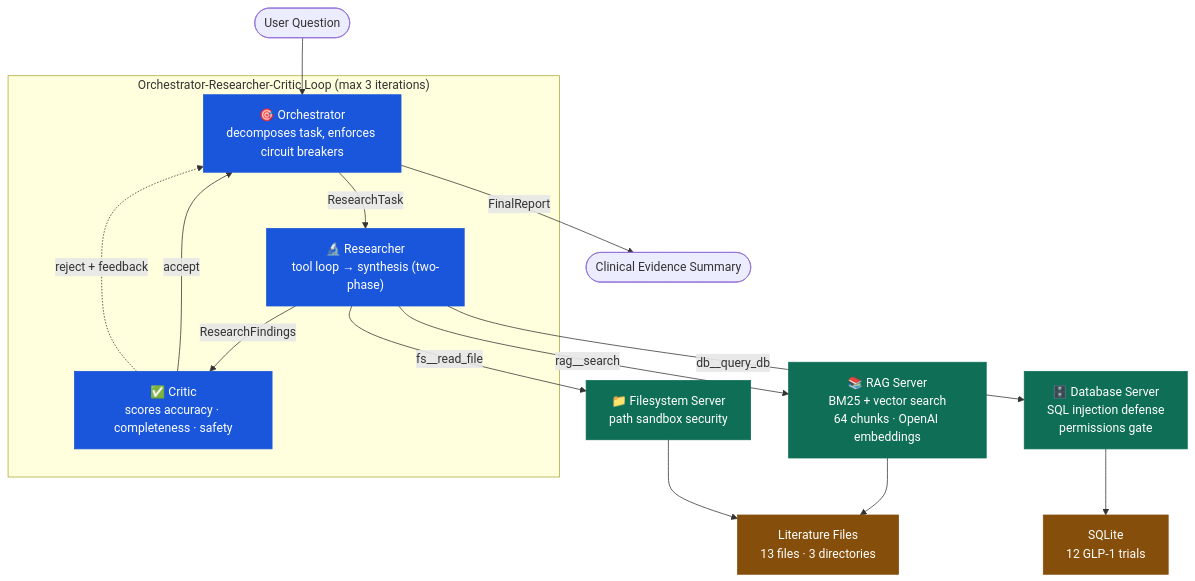
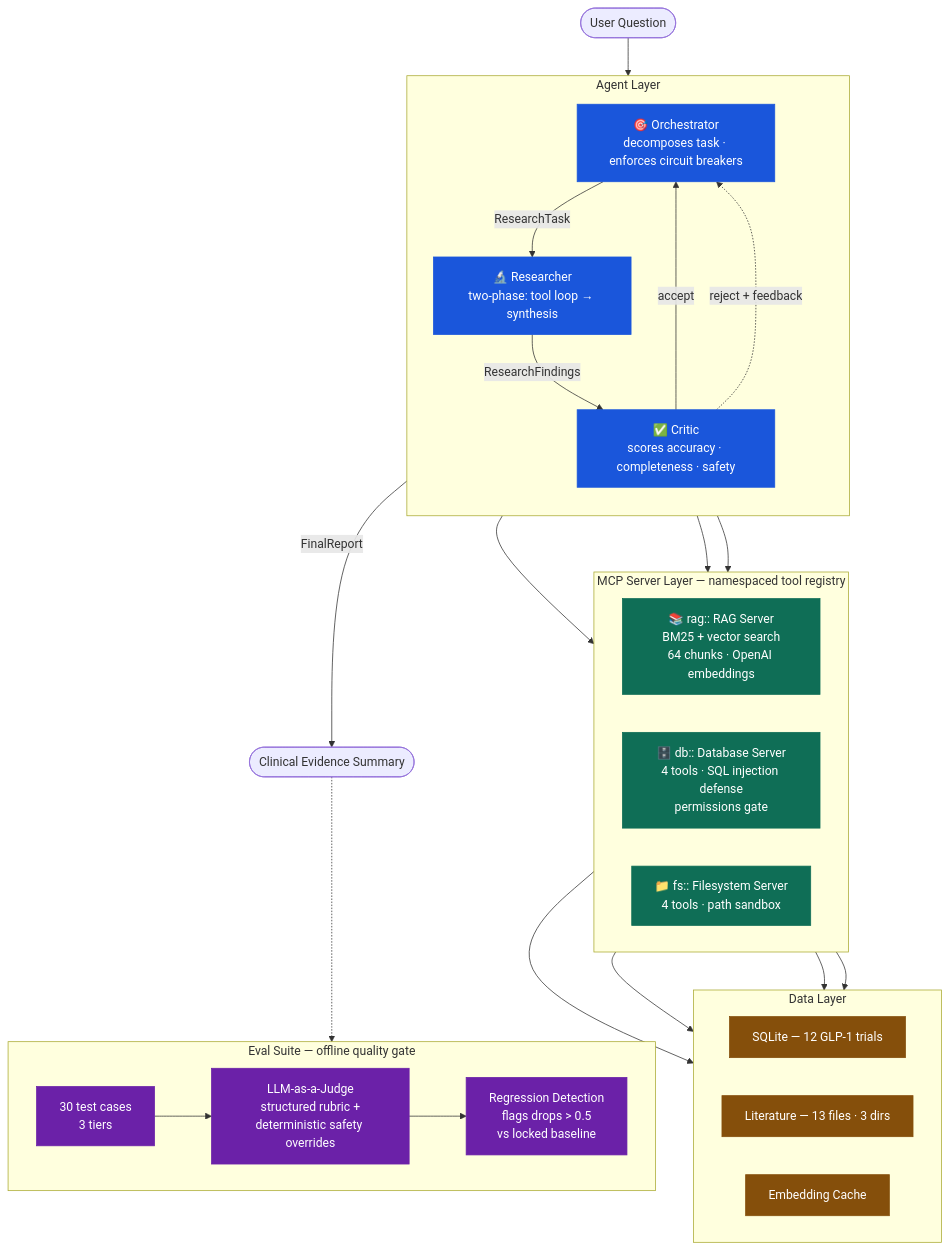
The diagram in README.md (hemjay07/claude-architect), drawn with Mermaid before and after one commit.

Commit message:
README: cleaner Mermaid with eval suite included

````diff
--- a/README.md
+++ b/README.md
@@ -11,35 +11,66 @@
 ```mermaid
 flowchart TD
     User(["User Question"])
     User --> Orch
 
-    subgraph Loop["Orchestrator-Researcher-Critic Loop (max 3 iterations)"]
-        Orch["🎯 Orchestrator\ndecomposes task, enforces circuit breakers"]
-        Res["🔬 Researcher\ntool loop → synthesis (two-phase)"]
+    subgraph Agents["Agent Layer"]
+        direction TB
+        Orch["🎯 Orchestrator\ndecomposes task · enforces circuit breakers"]
+        Res["🔬 Researcher\ntwo-phase: tool loop → synthesis"]
         Crit["✅ Critic\nscores accuracy · completeness · safety"]
 
         Orch -- "ResearchTask" --> Res
         Res -- "ResearchFindings" --> Crit
         Crit -- "accept" --> Orch
         Crit -. "reject + feedback" .-> Orch
     end
 
-    Res -- "rag__search" --> RAG["📚 RAG Server\nBM25 + vector search\n64 chunks · OpenAI embeddings"]
-    Res -- "db__query_db" --> DB["🗄️ Database Server\nSQL injection defense\npermissions gate"]
-    Res -- "fs__read_file" --> FS["📁 Filesystem Server\npath sandbox security"]
+    subgraph MCP["MCP Server Layer — namespaced tool registry"]
+        direction LR
+        RAG["📚 rag:: RAG Server\nBM25 + vector search\n64 chunks · OpenAI embeddings"]
+        DB["🗄️ db:: Database Server\n4 tools · SQL injection defense\npermissions gate"]
+        FS["📁 fs:: Filesystem Server\n4 tools · path sandbox"]
+    end
 
-    RAG --> Lit["Literature Files\n13 files · 3 directories"]
-    DB --> SQL["SQLite\n12 GLP-1 trials"]
+    Res --> RAG
+    Res --> DB
+    Res --> FS
+
+    subgraph Data["Data Layer"]
+        direction LR
+        SQL["SQLite — 12 GLP-1 trials"]
+        Lit["Literature — 13 files · 3 dirs"]
+        Cache["Embedding Cache"]
+    end
+
+    RAG --> Lit
+    RAG --> Cache
+    DB --> SQL
     FS --> Lit
 
     Orch -- "FinalReport" --> Out(["Clinical Evidence Summary"])
+
+    subgraph Eval["Eval Suite — offline quality gate"]
+        direction LR
+        Dataset["30 test cases\n3 tiers"]
+        Judge["LLM-as-a-Judge\nstructured rubric +\ndeterministic safety overrides"]
+        Reg["Regression Detection\nflags drops > 0.5\nvs locked baseline"]
+
+        Dataset --> Judge --> Reg
+    end
+
+    Out -.-> Dataset
 
     style Orch fill:#1a56db,color:#fff,stroke:#1a56db
     style Res fill:#1a56db,color:#fff,stroke:#1a56db
     style Crit fill:#1a56db,color:#fff,stroke:#1a56db
     style RAG fill:#0f6e56,color:#fff,stroke:#0f6e56
     style DB fill:#0f6e56,color:#fff,stroke:#0f6e56
     style FS fill:#0f6e56,color:#fff,stroke:#0f6e56
     style SQL fill:#854f0b,color:#fff,stroke:#854f0b
     style Lit fill:#854f0b,color:#fff,stroke:#854f0b
+    style Cache fill:#854f0b,color:#fff,stroke:#854f0b
+    style Dataset fill:#6b21a8,color:#fff,stroke:#6b21a8
+    style Judge fill:#6b21a8,color:#fff,stroke:#6b21a8
+    style Reg fill:#6b21a8,color:#fff,stroke:#6b21a8
 ```
````
